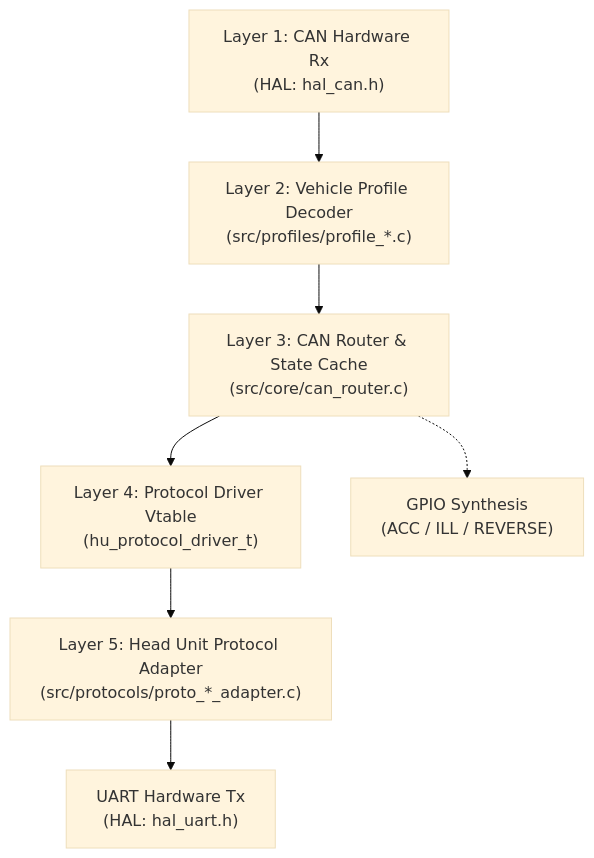
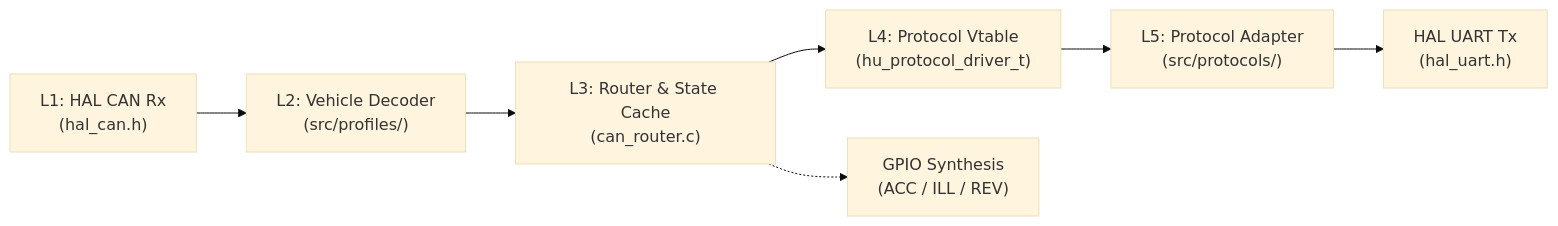
Before and after one commit to fazerxlo/canbox-core: the diagram in README.md, drawn with Mermaid (base theme). The commit also changed other lines of this file and 3 other files, not shown here.

````diff
--- a/README.md
+++ b/README.md
@@ -78,9 +35,10 @@
 ```mermaid
-flowchart TD
-    A["Layer 1: CAN Hardware Rx<br/>(HAL: hal_can.h)"] --> B["Layer 2: Vehicle Profile Decoder<br/>(src/profiles/profile_*.c)"]
-    B --> C["Layer 3: CAN Router & State Cache<br/>(src/core/can_router.c)"]
-    C --> D["Layer 4: Protocol Driver Vtable<br/>(hu_protocol_driver_t)"]
-    D --> E["Layer 5: Head Unit Protocol Adapter<br/>(src/protocols/proto_*_adapter.c)"]
-    E --> F["UART Hardware Tx<br/>(HAL: hal_uart.h)"]
-    C -.-> G["GPIO Synthesis<br/>(ACC / ILL / REVERSE)"]
+flowchart LR
+    A["L1: HAL CAN Rx<br/>(hal_can.h)"] --> B["L2: Vehicle Decoder<br/>(src/profiles/)"]
+    B --> C["L3: Router & State Cache<br/>(can_router.c)"]
+    C --> D["L4: Protocol Vtable<br/>(hu_protocol_driver_t)"]
+    D --> E["L5: Protocol Adapter<br/>(src/protocols/)"]
+    E --> F["HAL UART Tx<br/>(hal_uart.h)"]
+    C -.-> G["GPIO Synthesis<br/>(ACC / ILL / REV)"]
+
 ```
````
